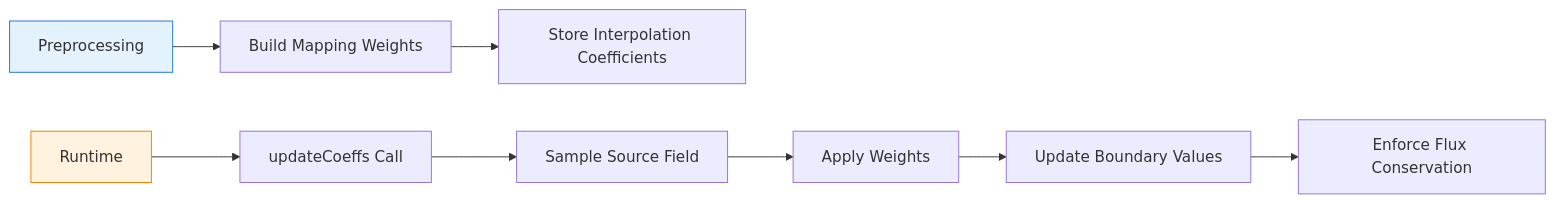
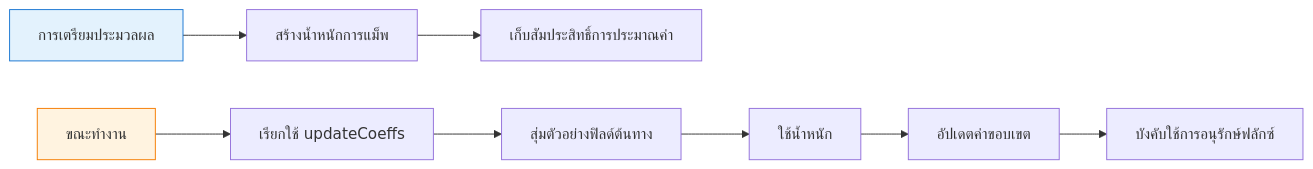
The second of 2 diagrams in MODULE_06_ADVANCED_PHYSICS/CONTENT/02_COUPLED_PHYSICS/01_Conjugate_Heat_Transfer.md (wramet/build-my-cfd), drawn with Mermaid before and after one commit. The commit also changed other lines of this file and 104 other files, not shown here.

````diff
--- a/MODULE_06_ADVANCED_PHYSICS/CONTENT/02_COUPLED_PHYSICS/01_Conjugate_Heat_Transfer.md
+++ b/MODULE_06_ADVANCED_PHYSICS/CONTENT/02_COUPLED_PHYSICS/01_Conjugate_Heat_Transfer.md
@@ -440,14 +440,14 @@
 ```mermaid
 flowchart LR
-    A[Preprocessing] --> B[Build Mapping Weights]
-    B --> C[Store Interpolation Coefficients]
+    A[การเตรียมประมวลผล] --> B[สร้างน้ำหนักการแม็พ]
+    B --> C[เก็บสัมประสิทธิ์การประมาณค่า]
 
-    D[Runtime] --> E[updateCoeffs Call]
-    E --> F[Sample Source Field]
-    F --> G[Apply Weights]
-    G --> H[Update Boundary Values]
-    H --> I[Enforce Flux Conservation]
+    D[ขณะทำงาน] --> E[เรียกใช้ updateCoeffs]
+    E --> F[สุ่มตัวอย่างฟิลด์ต้นทาง]
+    F --> G[ใช้น้ำหนัก]
+    G --> H[อัปเดตค่าขอบเขต]
+    H --> I[บังคับใช้การอนุรักษ์ฟลักซ์]
 
     style A fill:#e3f2fd,stroke:#1976d2
     style D fill:#fff3e0,stroke:#f57c00
 ```
````
